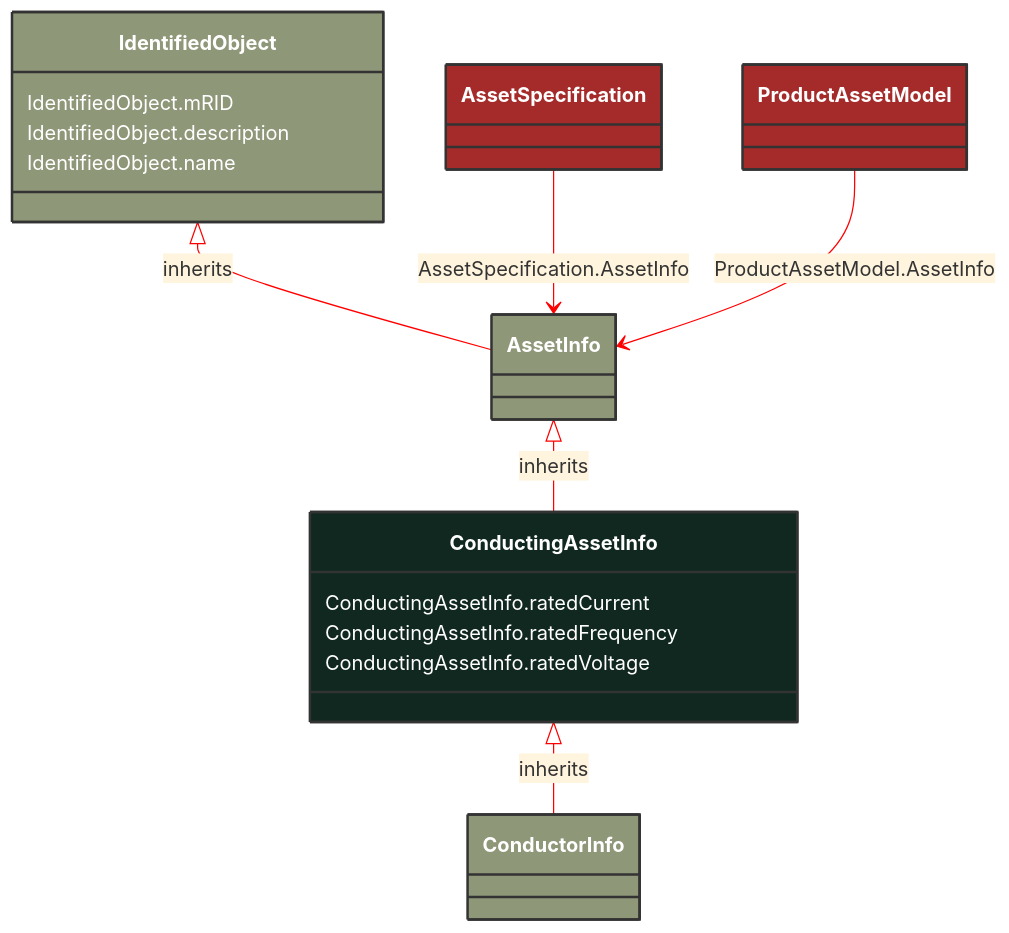
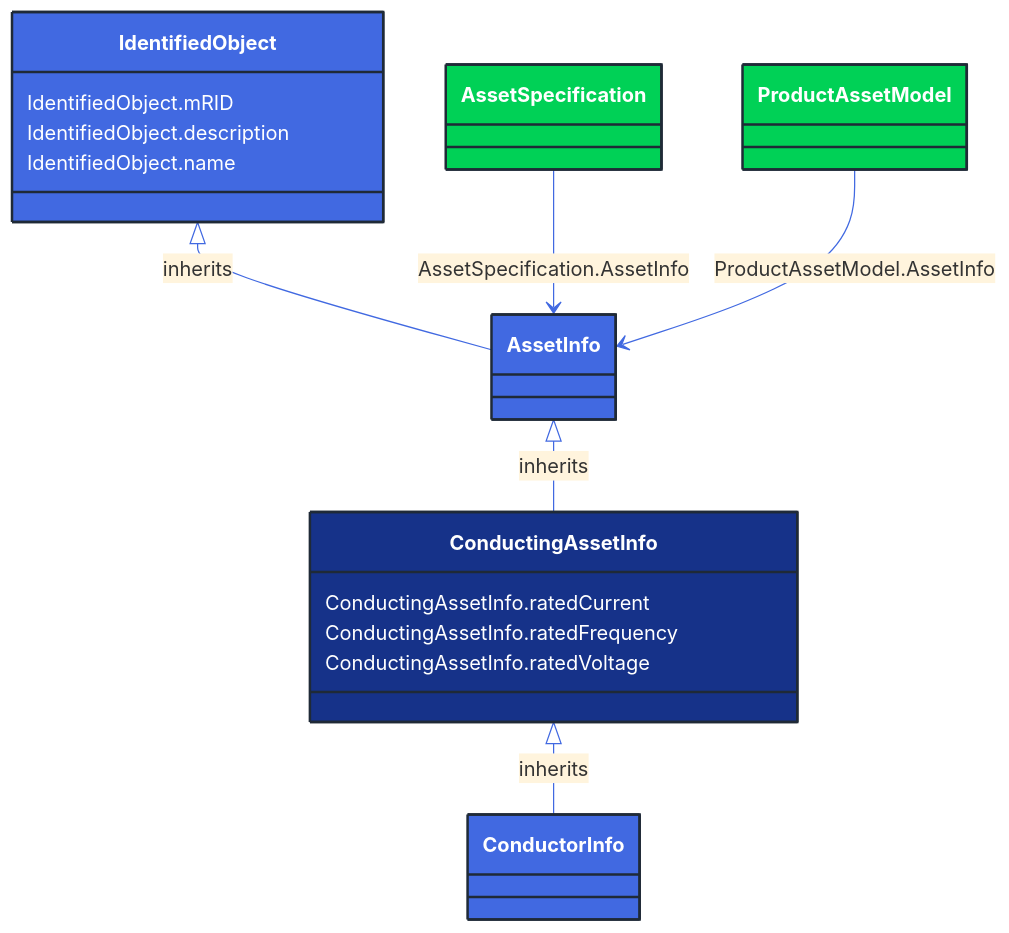
Before and after one commit to 3lbits/NoCIMExtensions: the diagram in docs/Models/Profiles/SubseaCableInfo/AbstractClasses/ConductingAssetInfo.md, drawn with Mermaid. The commit also changed 362 other files, not shown here.

First line of the commit message:
Update diagrams and styles for improved visual consistency

````diff
--- a/docs/Models/Profiles/SubseaCableInfo/AbstractClasses/ConductingAssetInfo.md
+++ b/docs/Models/Profiles/SubseaCableInfo/AbstractClasses/ConductingAssetInfo.md
@@ -10,42 +10,42 @@
 ```mermaid
-%%{init: {'theme':'base','themeVariables': {'lineColor': '#FF0000'}}}%%
+%%{init: {'theme':'base','themeVariables': {'lineColor': '#4169E1'}}}%%
 classDiagram
     class ConductingAssetInfo
     click ConductingAssetInfo href "/Models/Profiles/SubseaCableInfo/AbstractClasses/ConductingAssetInfo/"
-    style ConductingAssetInfo fill:#102820,stroke:#333,stroke-width:2px,rx:10,ry:10,color:white
+    style ConductingAssetInfo fill:#163289,stroke:#1F2A37,stroke-width:2px,rx:10,ry:10,color:white
 
         ConductingAssetInfo <|-- ConductorInfo : inherits
 
         ConductorInfo
             click ConductorInfo href "/Models/Profiles/SubseaCableInfo/AbstractClasses/ConductorInfo/"
-            style ConductorInfo fill:#8F9779,stroke:#333,stroke-width:2px,rx:10,ry:10,color:white
+            style ConductorInfo fill:#4169E1,stroke:#1F2A37,stroke-width:2px,rx:10,ry:10,color:white
      
         AssetInfo <|-- ConductingAssetInfo : inherits
             click AssetInfo href "/Models/Profiles/SubseaCableInfo/AbstractClasses/AssetInfo/"
-            style AssetInfo fill:#8F9779,stroke:#333,stroke-width:2px,rx:10,ry:10,color:white
+            style AssetInfo fill:#4169E1,stroke:#1F2A37,stroke-width:2px,rx:10,ry:10,color:white
      
         IdentifiedObject <|-- AssetInfo : inherits
             click IdentifiedObject href "/Models/Profiles/SubseaCableInfo/AbstractClasses/IdentifiedObject/"
-            style IdentifiedObject fill:#8F9779,stroke:#333,stroke-width:2px,rx:10,ry:10,color:white
+            style IdentifiedObject fill:#4169E1,stroke:#1F2A37,stroke-width:2px,rx:10,ry:10,color:white
 
 
         AssetSpecification --> AssetInfo : AssetSpecification.AssetInfo
 
         AssetSpecification
             click AssetSpecification href "/Models/Profiles/SubseaCableInfo/ConcreteClasses/AssetSpecification/"
-            style AssetSpecification fill:#A52A2A,stroke:#333,stroke-width:2px,rx:10,ry:10,color:white
+            style AssetSpecification fill:#00D156,stroke:#1F2A37,stroke-width:2px,rx:10,ry:10,color:white
 
         ProductAssetModel --> AssetInfo : ProductAssetModel.AssetInfo
 
         ProductAssetModel
             click ProductAssetModel href "/Models/Profiles/SubseaCableInfo/ConcreteClasses/ProductAssetModel/"
-            style ProductAssetModel fill:#A52A2A,stroke:#333,stroke-width:2px,rx:10,ry:10,color:white
+            style ProductAssetModel fill:#00D156,stroke:#1F2A37,stroke-width:2px,rx:10,ry:10,color:white
 
 
         ConductingAssetInfo : ConductingAssetInfo.ratedCurrent
         ConductingAssetInfo : ConductingAssetInfo.ratedFrequency
         ConductingAssetInfo : ConductingAssetInfo.ratedVoltage
         IdentifiedObject : IdentifiedObject.mRID
         IdentifiedObject : IdentifiedObject.description
         IdentifiedObject : IdentifiedObject.name
 ```
````
